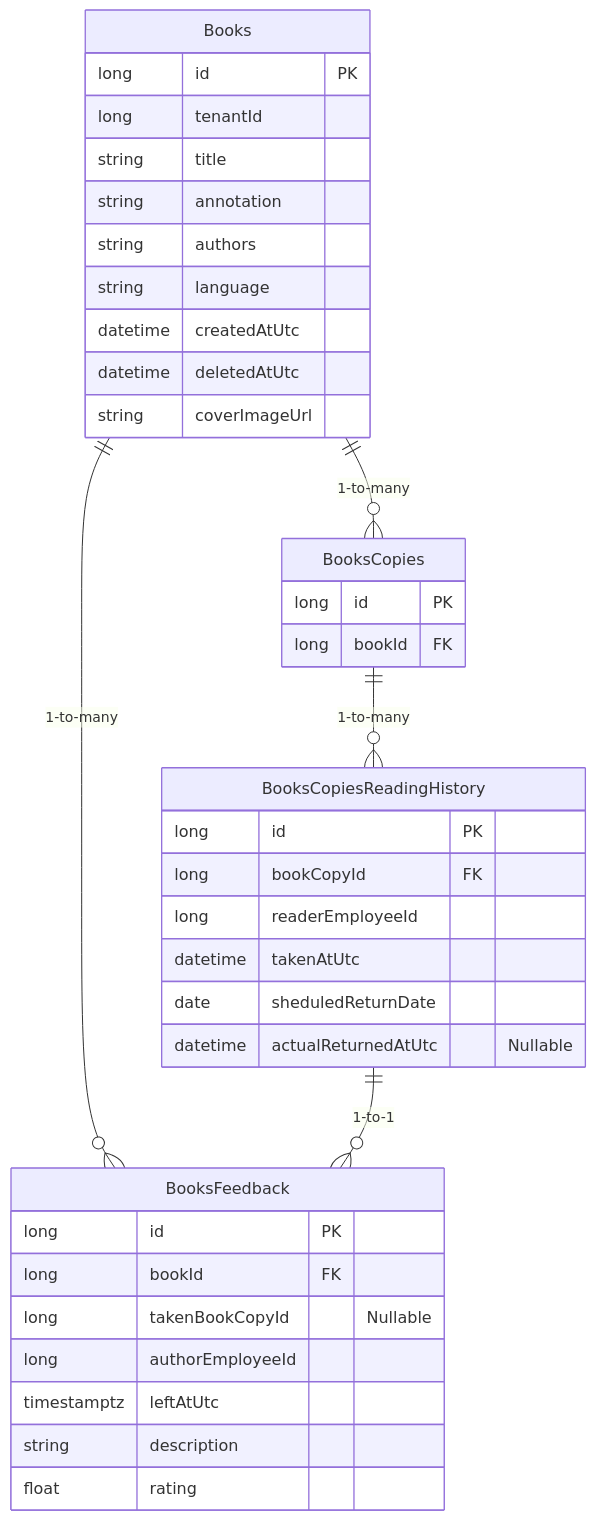
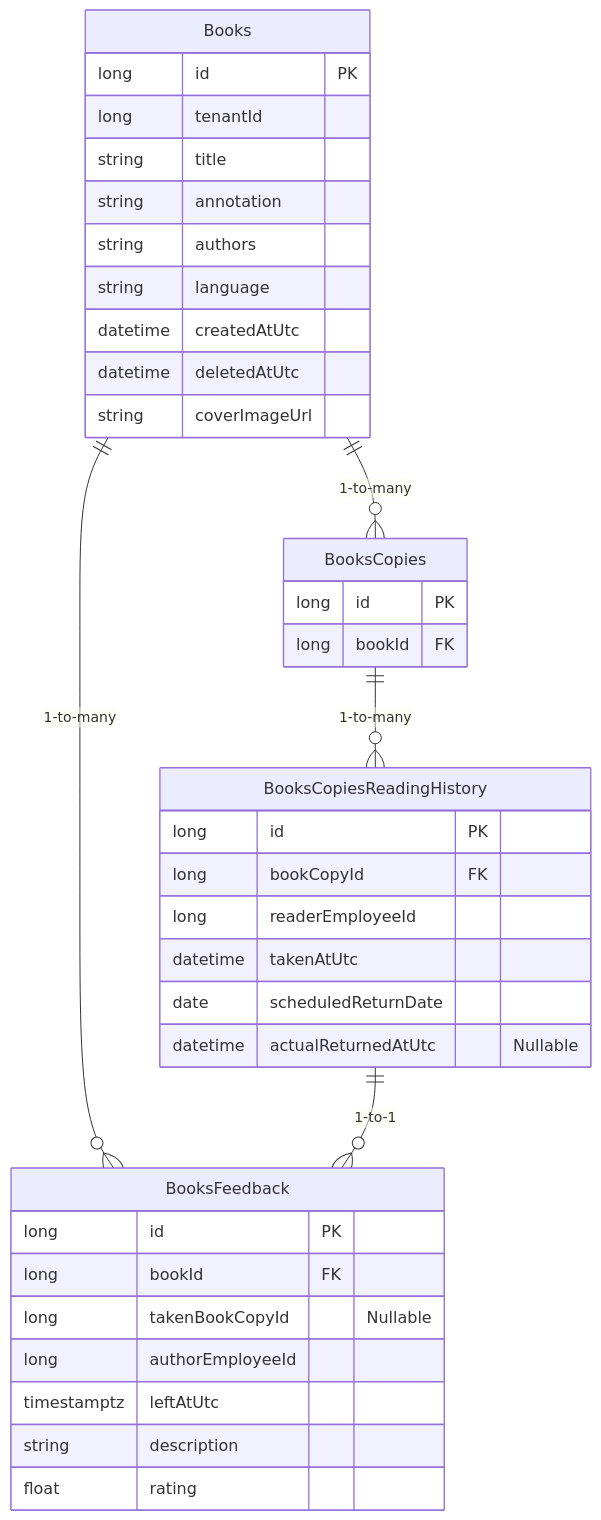
One commit to TourmalineCore/inner-circle-documentation changed the fourth of 5 diagrams in books-api/Book Copies ADR.md. Above: the diagram before and after it, drawn with Mermaid. The commit also changed other lines of this file and 1 other file, not shown here.

Commit message:
chore: fix typo

````diff
--- a/books-api/Book Copies ADR.md
+++ b/books-api/Book Copies ADR.md
@@ -119,39 +119,39 @@
 ```mermaid
 erDiagram
     Books ||--o{ BooksCopies : "1-to-many"
     Books ||--o{ BooksFeedback : "1-to-many"
     BooksCopies ||--o{ BooksCopiesReadingHistory : "1-to-many"
     BooksCopiesReadingHistory ||--o{ BooksFeedback : "1-to-1"
     Books {
         long id PK
         long tenantId
         string title
         string annotation
         string authors
         string language
         datetime createdAtUtc
         datetime deletedAtUtc
         string coverImageUrl
     }
     BooksCopies {
         long id PK
         long bookId FK
     }
     BooksCopiesReadingHistory {
         long id PK
         long bookCopyId FK
         long readerEmployeeId
         datetime takenAtUtc
-        date sheduledReturnDate
+        date sсheduledReturnDate
         datetime actualReturnedAtUtc "Nullable"
     }
     BooksFeedback {
         long id PK
         long bookId FK
         long takenBookCopyId "Nullable"
         long authorEmployeeId
         timestamptz leftAtUtc
         string description
         float rating
     }
 ```
````
